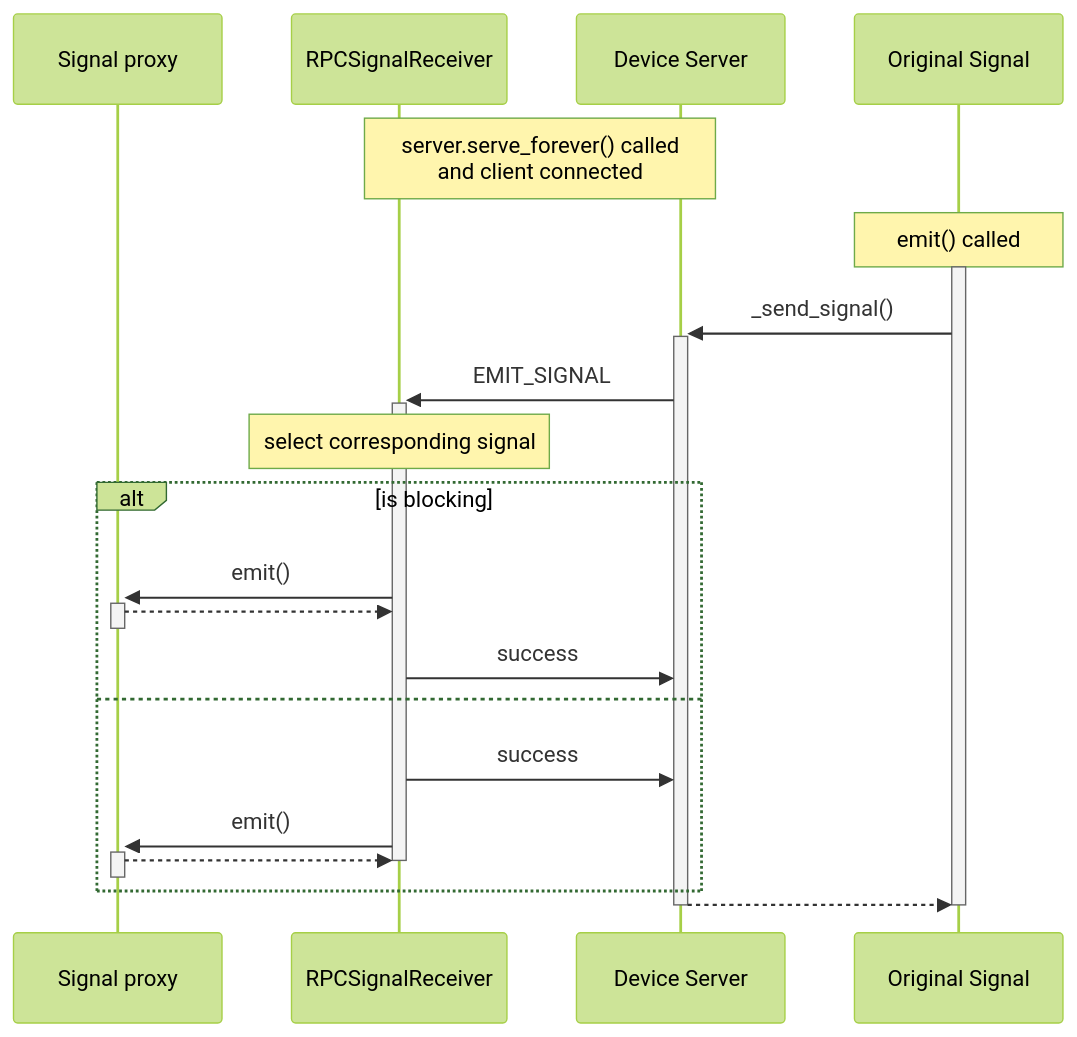
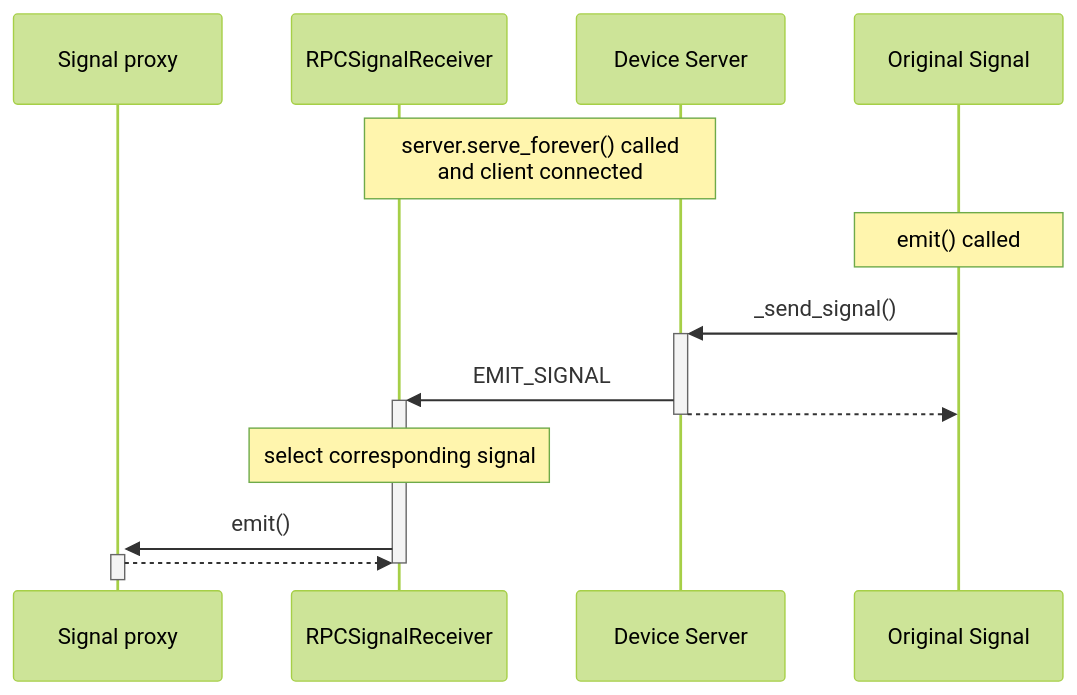
One commit to romi/Plant-Imager3 changed the fourth of 6 diagrams in docs/developer/RPC.md. Above: the diagram before and after it, drawn with Mermaid (forest theme). The commit also changed other lines of this file and 8 other files, not shown here.

````diff
--- a/docs/developer/RPC.md
+++ b/docs/developer/RPC.md
@@ -168,29 +164,18 @@
 ```mermaid
 sequenceDiagram
     participant client_signal as Signal proxy
     participant recv as RPCSignalReceiver
     participant server as Device Server
     participant server_signal as Original Signal
 
     Note over recv, server: server.serve_forever() called <br/> and client connected
 
     Note over server_signal: emit() called
-    activate server_signal
     server_signal->>+server: _send_signal()
     server->>+recv: EMIT_SIGNAL
+    server-->>-server_signal: 
     Note over recv: select corresponding signal
-    alt is blocking
-        recv->>+client_signal: emit()
-        client_signal-->>-recv: 
-        recv->>server: success
-    else
-        recv->>server: success
-        recv->>+client_signal: emit()
-        client_signal-->>-recv: 
-        deactivate recv
-    end
-    
-
-    server-->>-server_signal: 
-    deactivate server_signal
+    recv->>+client_signal: emit()
+    client_signal-->>-recv: 
+    deactivate recv
 ```
````
